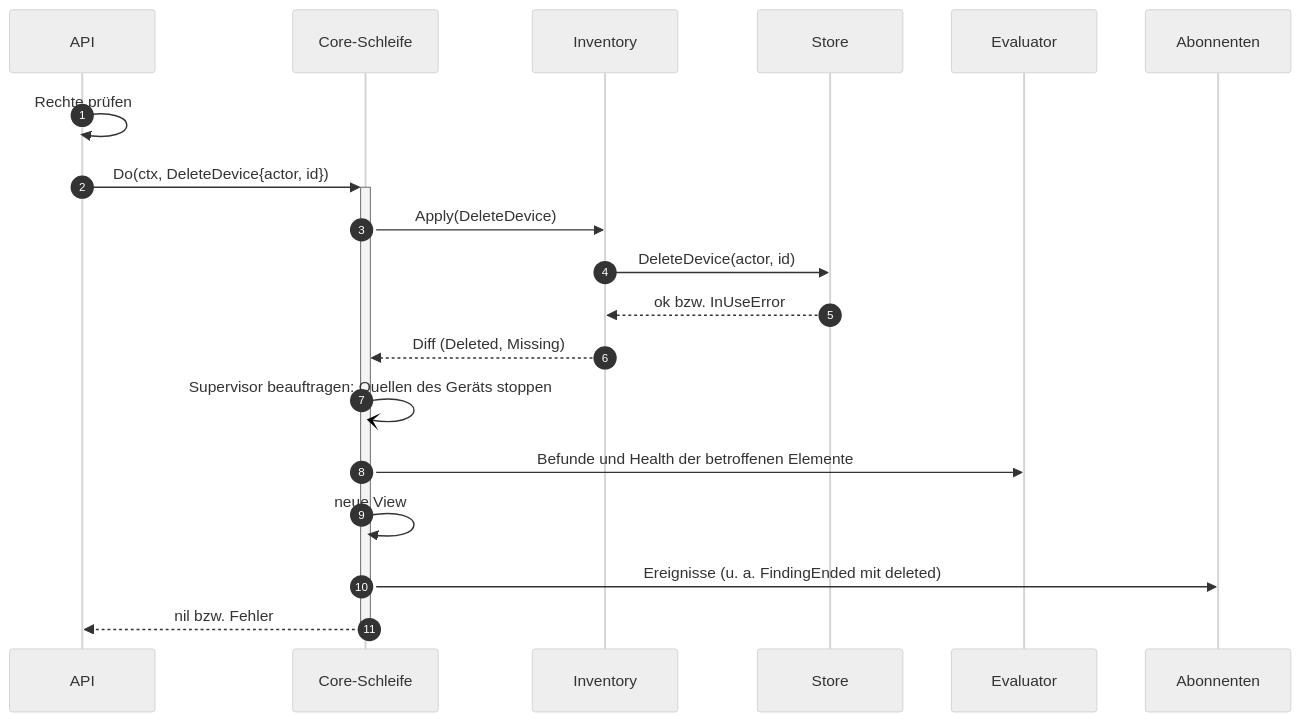
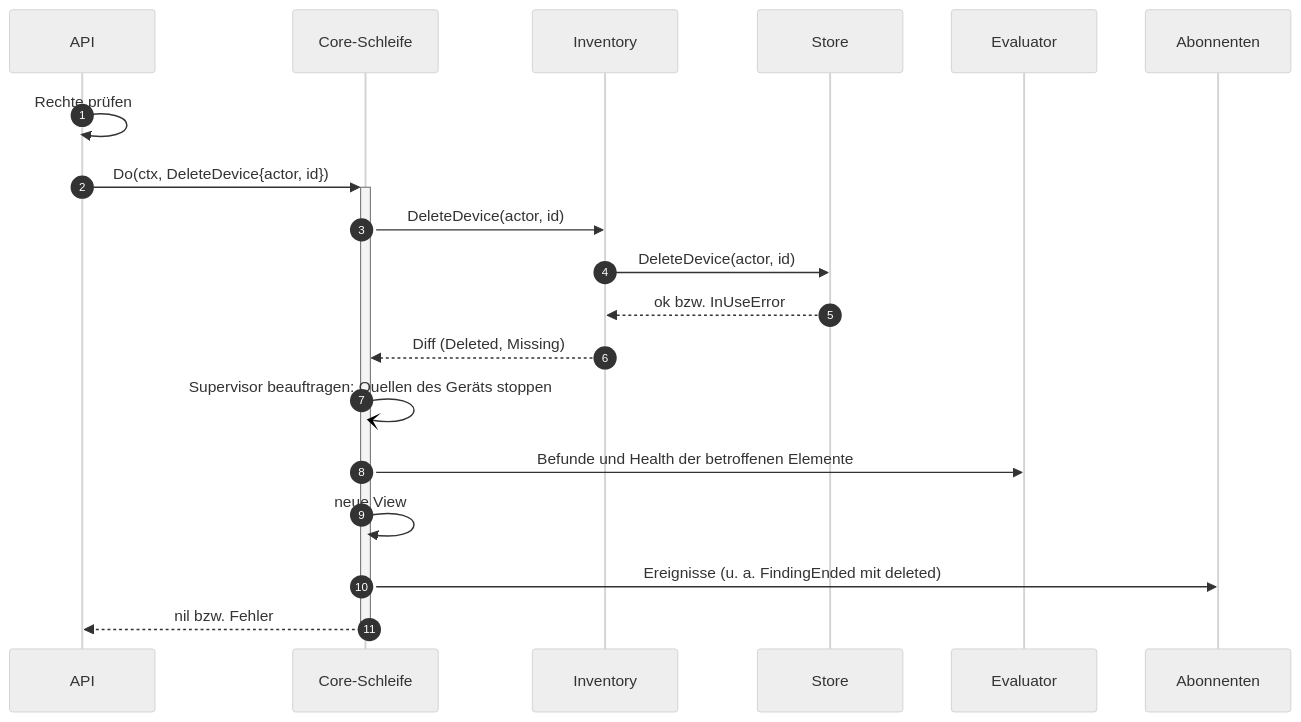
The fourth of 6 diagrams in docs/contracts/core.md (lukirs95/monika), drawn with Mermaid (neutral theme) before and after one commit. The commit also changed other lines of this file and 5 other files, not shown here.

````diff
--- a/docs/contracts/core.md
+++ b/docs/contracts/core.md
@@ -281,22 +291,22 @@
 ```mermaid
 sequenceDiagram
     autonumber
     participant A as API
     participant L as Core-Schleife
     participant I as Inventory
     participant S as Store
     participant E as Evaluator
     participant B as Abonnenten
 
     A->>A: Rechte prüfen
     A->>+L: Do(ctx, DeleteDevice{actor, id})
-    L->>I: Apply(DeleteDevice)
+    L->>I: DeleteDevice(actor, id)
     I->>S: DeleteDevice(actor, id)
     S-->>I: ok bzw. InUseError
     I-->>L: Diff (Deleted, Missing)
     L-)L: Supervisor beauftragen: Quellen des Geräts stoppen
     L->>E: Befunde und Health der betroffenen Elemente
     L->>L: neue View
     L->>B: Ereignisse (u. a. FindingEnded mit deleted)
     L-->>-A: nil bzw. Fehler
 ```
````
